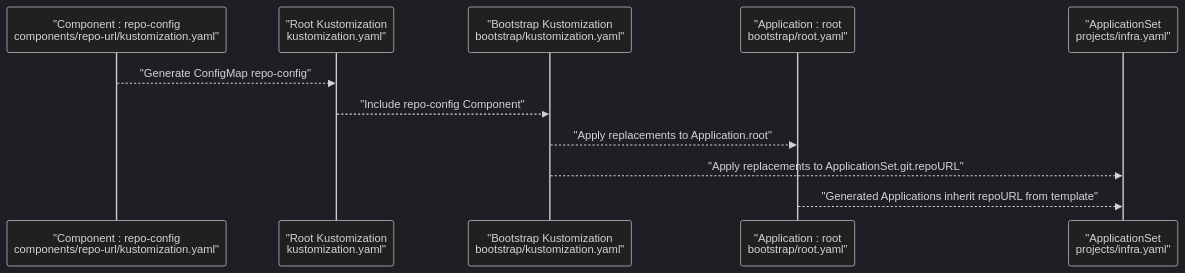
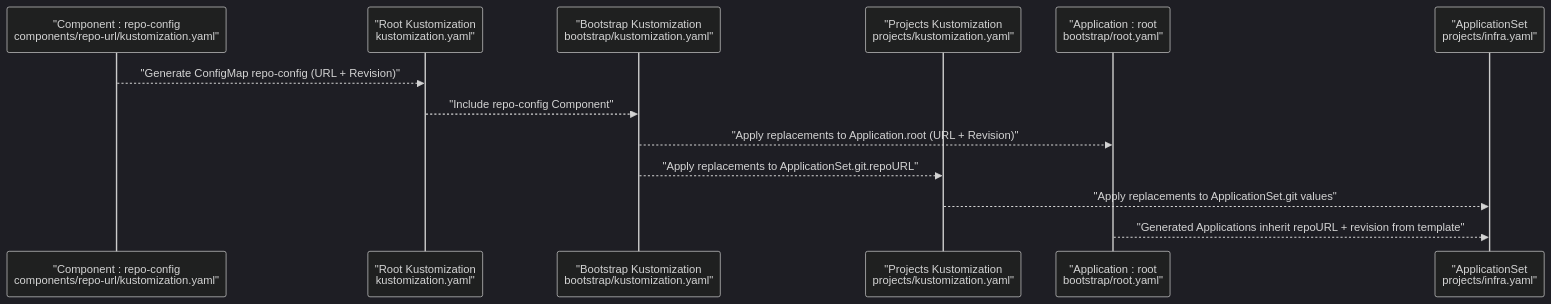
Before and after one commit to Hoangvu75/k8s_manifest: the third of 4 diagrams in .qoder/repowiki/en/content/Application Configuration/Kustomize Configuration Patterns.md, drawn with Mermaid (dark theme). The commit also changed other lines of this file and 5 other files, not shown here.

````diff
--- a/.qoder/repowiki/en/content/Application Configuration/Kustomize Configuration Patterns.md
+++ b/.qoder/repowiki/en/content/Application Configuration/Kustomize Configuration Patterns.md
@@ -218,13 +263,15 @@
 ```mermaid
 sequenceDiagram
 participant Comp as "Component : repo-config<br/>components/repo-url/kustomization.yaml"
 participant Root as "Root Kustomization<br/>kustomization.yaml"
 participant Boot as "Bootstrap Kustomization<br/>bootstrap/kustomization.yaml"
+participant Proj as "Projects Kustomization<br/>projects/kustomization.yaml"
 participant App as "Application : root<br/>bootstrap/root.yaml"
 participant AppSet as "ApplicationSet<br/>projects/infra.yaml"
-Comp-->>Root : "Generate ConfigMap repo-config"
+Comp-->>Root : "Generate ConfigMap repo-config (URL + Revision)"
 Root-->>Boot : "Include repo-config Component"
-Boot-->>App : "Apply replacements to Application.root"
-Boot-->>AppSet : "Apply replacements to ApplicationSet.git.repoURL"
-App-->>AppSet : "Generated Applications inherit repoURL from template"
+Boot-->>App : "Apply replacements to Application.root (URL + Revision)"
+Boot-->>Proj : "Apply replacements to ApplicationSet.git.repoURL"
+Proj-->>AppSet : "Apply replacements to ApplicationSet.git values"
+App-->>AppSet : "Generated Applications inherit repoURL + revision from template"
 ```
````
